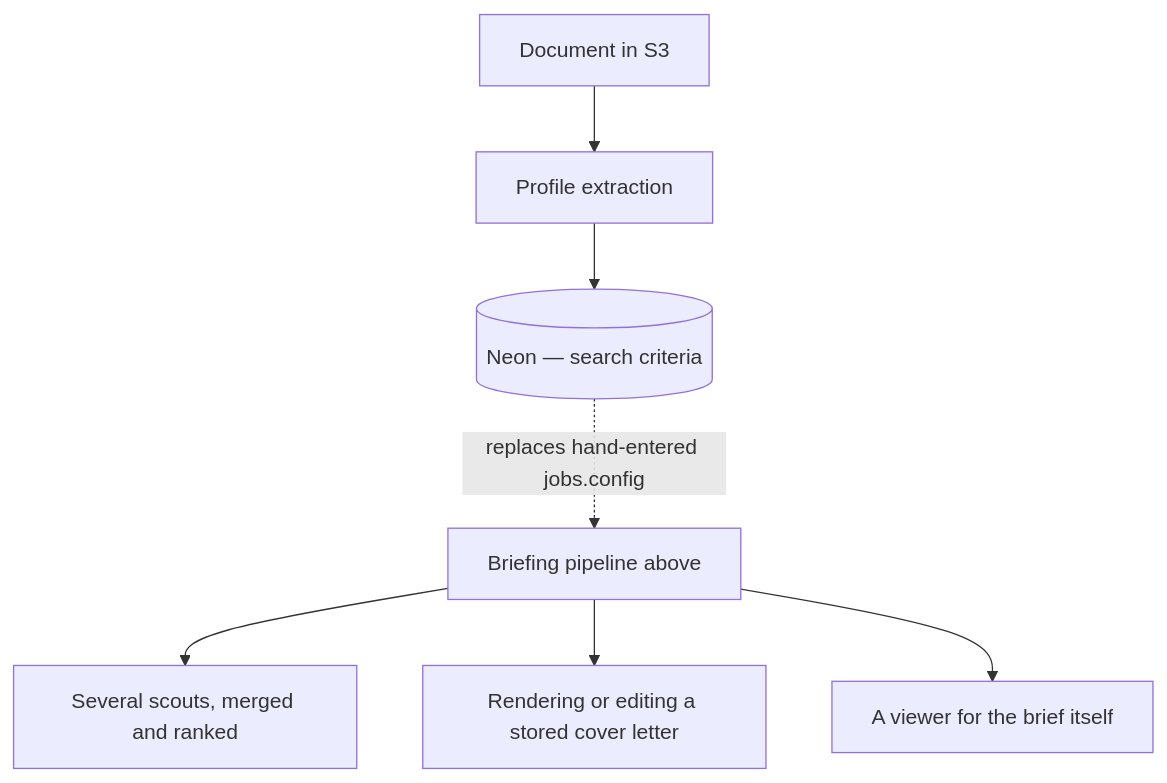
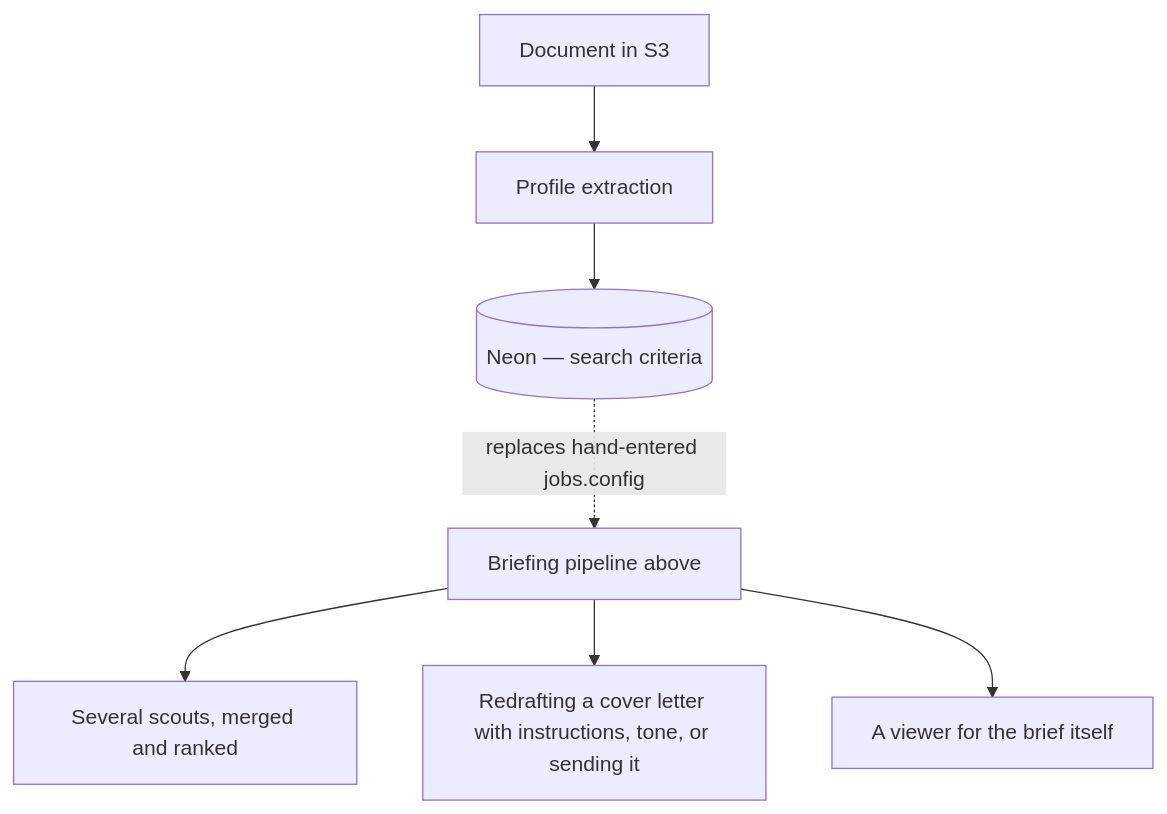
The second of 2 diagrams in OVERVIEW.md (sunnyeyles/control-panel), drawn with Mermaid before and after one commit. The commit also changed other lines of this file and 7 other files, not shown here.

First line of the commit message:
Save an edited cover letter back to storage

````diff
--- a/OVERVIEW.md
+++ b/OVERVIEW.md
@@ -86,9 +86,9 @@
 ```mermaid
 flowchart TD
     B[Document in S3] --> C[Profile extraction]
     C --> D[(Neon — search criteria)]
     D -.->|replaces hand-entered jobs.config| P[Briefing pipeline above]
     P --> M[Several scouts, merged and ranked]
-    P --> N[Rendering or editing a stored cover letter]
+    P --> N[Redrafting a cover letter with instructions, tone, or sending it]
     P --> Q[A viewer for the brief itself]
 ```
````
